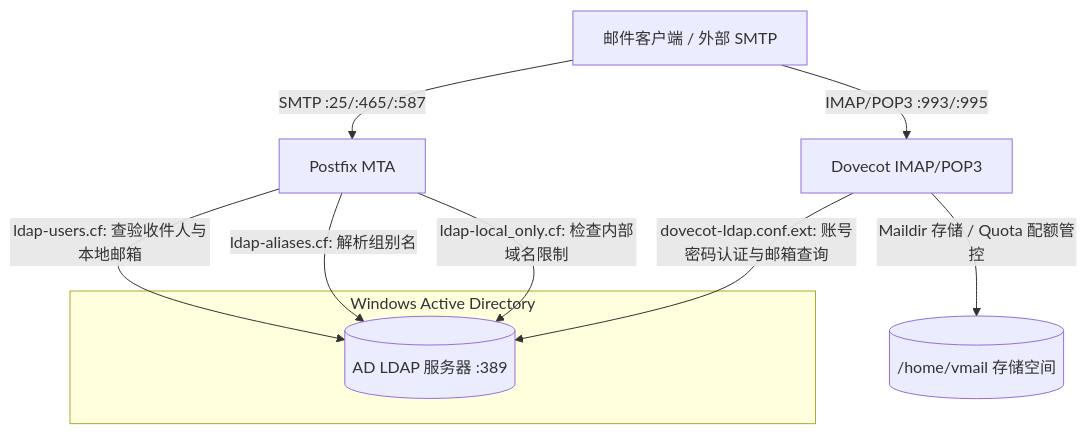
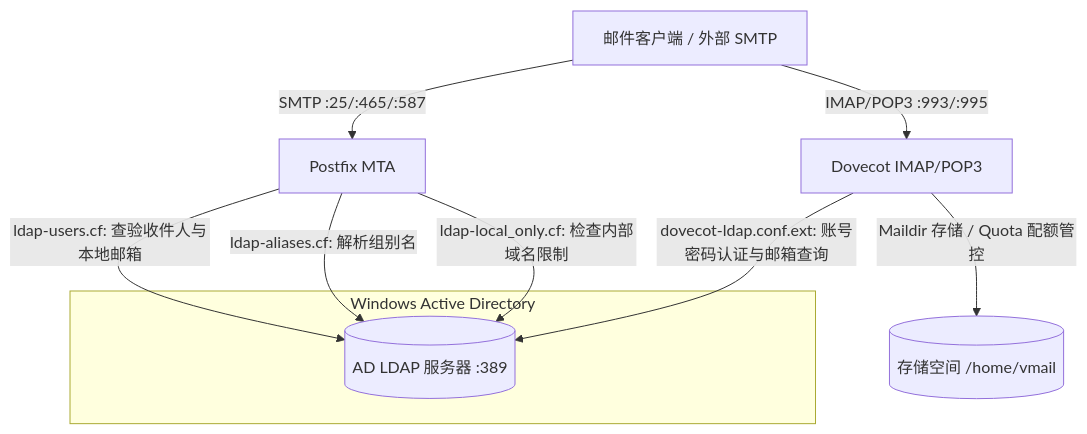
One commit to WilliamFromTW/docker-Postfix-AD changed the first of 3 diagrams in ARCHITECTURE.zh-CN.md. Above: the diagram before and after it, drawn with Mermaid. The commit also changed other lines of this file and 4 other files, not shown here.

Commit message:
fix(docs): fix Mermaid subgraph syntax and quotes across all architecture docs

````diff
--- a/ARCHITECTURE.zh-CN.md
+++ b/ARCHITECTURE.zh-CN.md
@@ -21,15 +21,15 @@
 ```mermaid
 graph TD
-    Client[邮件客户端 / 外部 SMTP] -->|SMTP :25/:465/:587| Postfix[Postfix MTA]
-    Client -->|IMAP/POP3 :993/:995| Dovecot[Dovecot IMAP/POP3]
+    Client["邮件客户端 / 外部 SMTP"] -->|SMTP :25/:465/:587| Postfix["Postfix MTA"]
+    Client -->|IMAP/POP3 :993/:995| Dovecot["Dovecot IMAP/POP3"]
     
-    subgraph Active Directory DC [Windows Active Directory]
-        AD[(AD LDAP 服务器 :389)]
+    subgraph AD_DC ["Windows Active Directory"]
+        AD[("AD LDAP 服务器 :389")]
     end
 
     Postfix -->|ldap-users.cf: 查验收件人与本地邮箱| AD
     Postfix -->|ldap-aliases.cf: 解析组别名| AD
     Postfix -->|ldap-local_only.cf: 检查内部域名限制| AD
     Dovecot -->|dovecot-ldap.conf.ext: 账号密码认证与邮箱查询| AD
-    Dovecot -->|Maildir 存储 / Quota 配额管控| VMail[(/home/vmail 存储空间)]
+    Dovecot -->|Maildir 存储 / Quota 配额管控| VMail[("存储空间 /home/vmail")]
 ```
````
